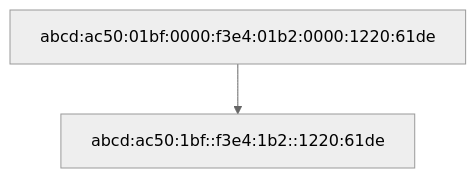
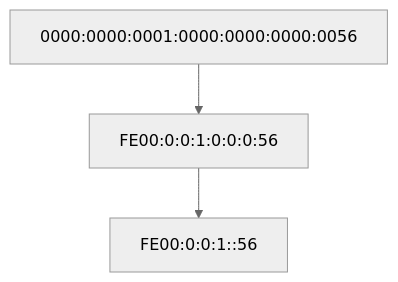
The third of 4 diagrams in _posts/2022-02-13-protocolo-ipv6.md (marcosruiz/marcosruiz.github.io), drawn with Mermaid (neutral theme) before and after one commit. The commit also changed other lines of this file and 2 other files, not shown here.

````diff
--- a/_posts/2022-02-13-protocolo-ipv6.md
+++ b/_posts/2022-02-13-protocolo-ipv6.md
@@ -85,4 +109,5 @@
 ```mermaid
 graph TD;
-abcd:ac50:01bf:0000:f3e4:01b2:0000:1220:61de-->abcd:ac50:1bf::f3e4:1b2::1220:61de;
+0000:0000:0001:0000:0000:0000:0056-->FE00:0:0:1:0:0:0:56;
+FE00:0:0:1:0:0:0:56-->FE00:0:0:1::56;
 ```
````
